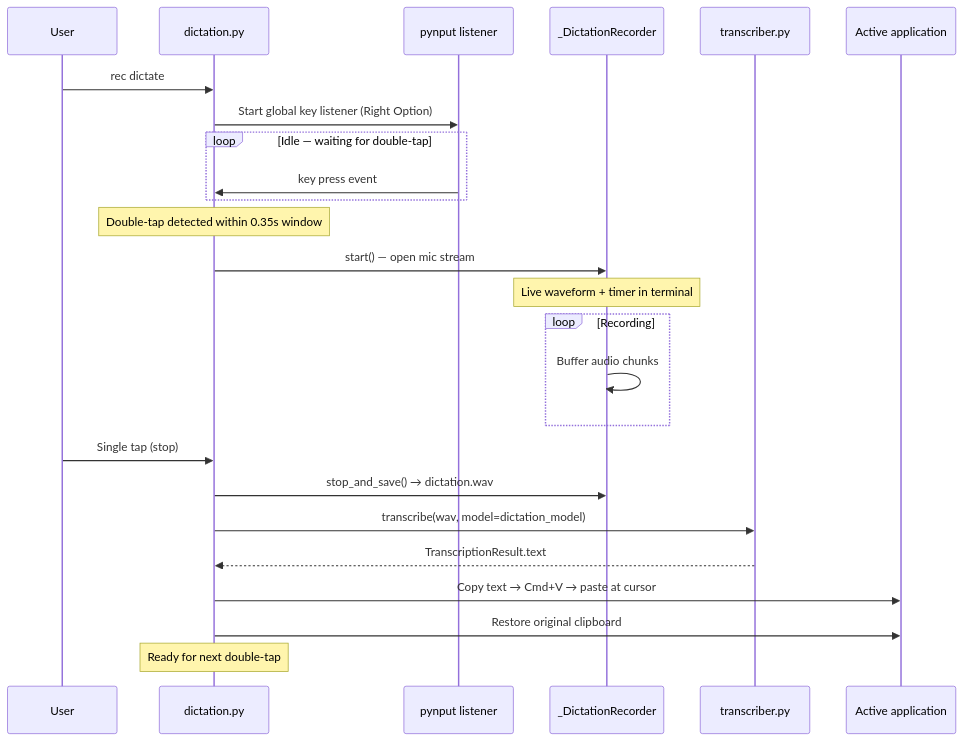
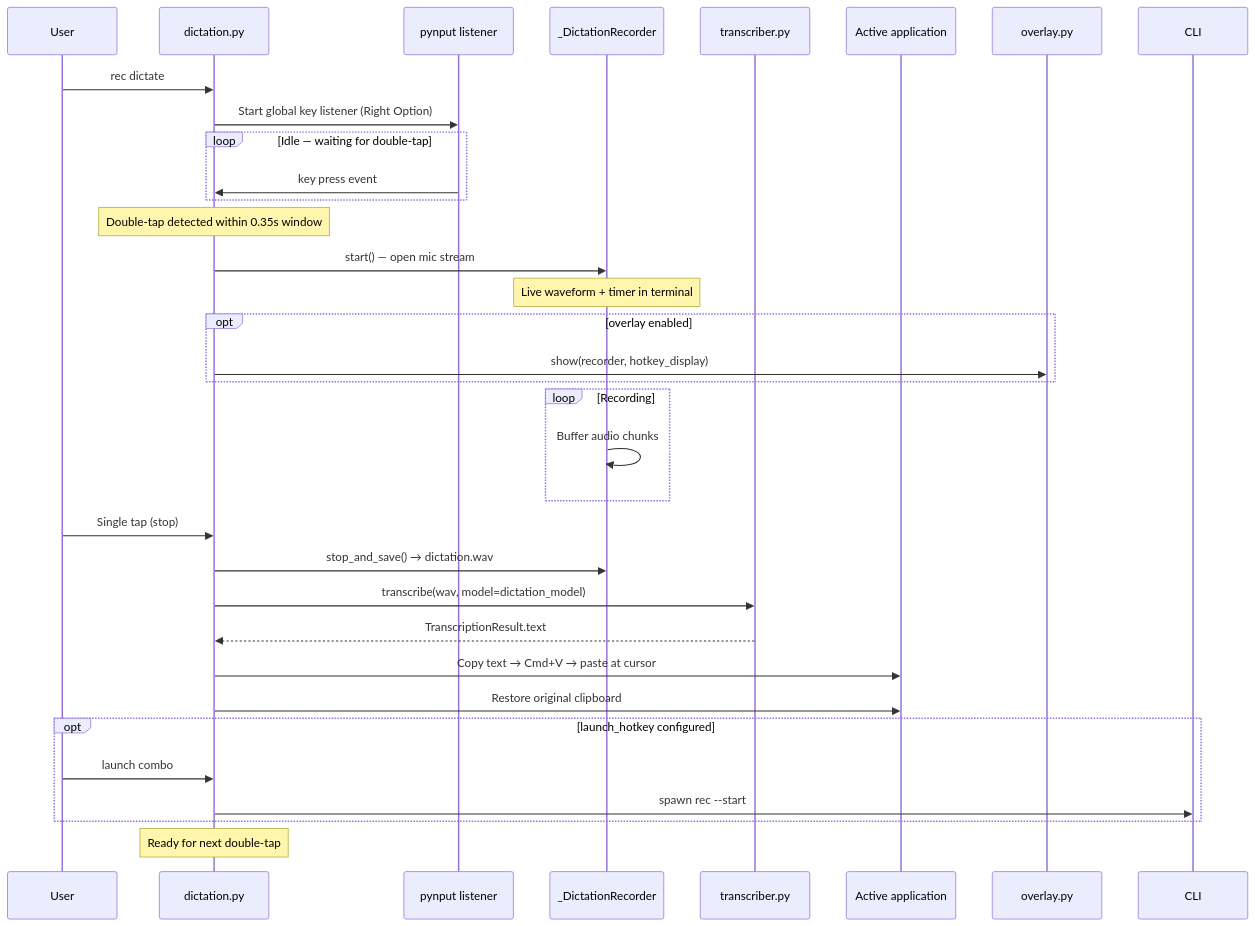
The fourth of 5 diagrams in docs/architecture.md (benjamayden/liscribe), drawn with Mermaid before and after one commit. The commit also changed other lines of this file and 16 other files, not shown here.

````diff
--- a/docs/architecture.md
+++ b/docs/architecture.md
@@ -100,28 +103,36 @@
 ```mermaid
 sequenceDiagram
     participant User
     participant Daemon as dictation.py
     participant Listener as pynput listener
     participant Rec as _DictationRecorder
     participant Trans as transcriber.py
     participant App as Active application
+    participant Overlay as overlay.py
 
     User->>Daemon: rec dictate
     Daemon->>Listener: Start global key listener (Right Option)
     loop Idle — waiting for double-tap
         Listener->>Daemon: key press event
     end
     Note over Daemon: Double-tap detected within 0.35s window
     Daemon->>Rec: start() — open mic stream
     Note over Rec: Live waveform + timer in terminal
+    opt overlay enabled
+        Daemon->>Overlay: show(recorder, hotkey_display)
+    end
     loop Recording
         Rec->>Rec: Buffer audio chunks
     end
     User->>Daemon: Single tap (stop)
     Daemon->>Rec: stop_and_save() → dictation.wav
     Daemon->>Trans: transcribe(wav, model=dictation_model)
     Trans-->>Daemon: TranscriptionResult.text
     Daemon->>App: Copy text → Cmd+V → paste at cursor
     Daemon->>App: Restore original clipboard
+    opt launch_hotkey configured
+        User->>Daemon: launch combo
+        Daemon->>CLI: spawn rec --start
+    end
     Note over Daemon: Ready for next double-tap
 ```
````
